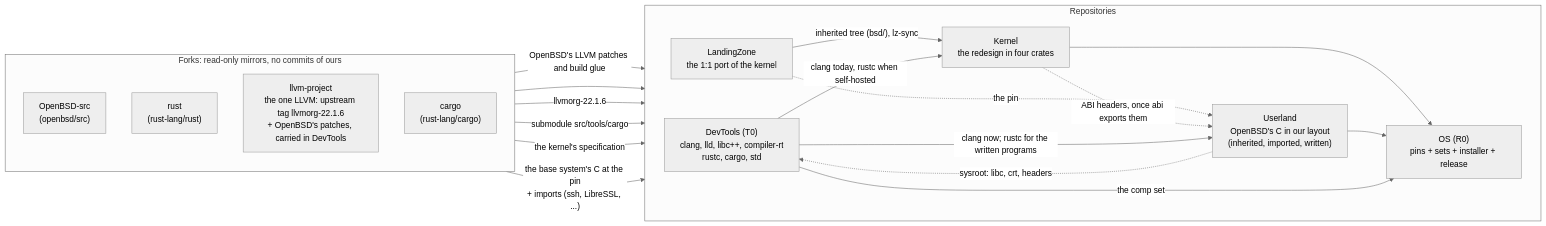
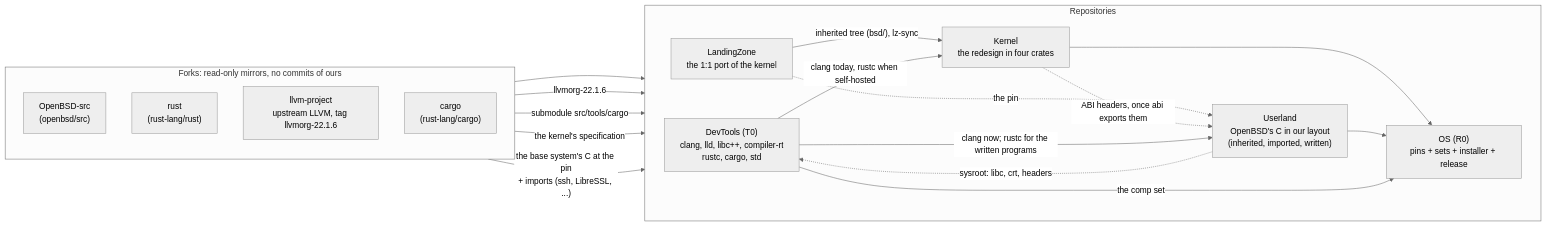
One commit to EmiBSD/Governance changed the first of 3 diagrams in docs/architecture.md. Above: the diagram before and after it, drawn with Mermaid (neutral theme). The commit also changed other lines of this file and 2 other files, not shown here.

First line of the commit message:
decisions: G-0015, nothing of OpenBSD in DevTools

````diff
--- a/docs/architecture.md
+++ b/docs/architecture.md
@@ -11,38 +11,37 @@
 ```mermaid
 flowchart LR
     subgraph forks["Forks: read-only mirrors, no commits of ours"]
         direction TB
         obsd["OpenBSD-src<br/>(openbsd/src)"]
         rust["rust<br/>(rust-lang/rust)"]
-        llvmrs["llvm-project<br/>the one LLVM: upstream tag llvmorg-22.1.6<br/>+ OpenBSD's patches, carried in DevTools"]
+        llvmrs["llvm-project<br/>upstream LLVM, tag llvmorg-22.1.6"]
         cargo["cargo<br/>(rust-lang/cargo)"]
     end
 
     subgraph repos["Repositories"]
         direction LR
         dev["DevTools (T0)<br/>clang, lld, libc++, compiler-rt<br/>rustc, cargo, std"]
         lz["LandingZone<br/>the 1:1 port of the kernel"]
         ul["Userland<br/>OpenBSD's C in our layout<br/>(inherited, imported, written)"]
         k["Kernel<br/>the redesign in four crates"]
         os["OS (R0)<br/>pins + sets + installer + release"]
     end
 
-    obsd -- "OpenBSD's LLVM patches and build glue" --> dev
     rust --> dev
     llvmrs -- "llvmorg-22.1.6" --> dev
     cargo -- "submodule src/tools/cargo" --> dev
 
     obsd -- "the kernel's specification" --> lz
     obsd -- "the base system's C at the pin<br/>+ imports (ssh, LibreSSL, ...)" --> ul
     lz -- "inherited tree (bsd/), lz-sync" --> k
     lz -. "the pin" .-> ul
     k -. "ABI headers, once abi exports them" .-> ul
 
     dev -- "clang now; rustc for the written programs" --> ul
     dev -- "clang today, rustc when self-hosted" --> k
     ul -. "sysroot: libc, crt, headers" .-> dev
 
     k --> os
     ul --> os
     dev -- "the comp set" --> os
 ```
````
